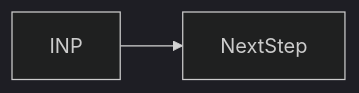
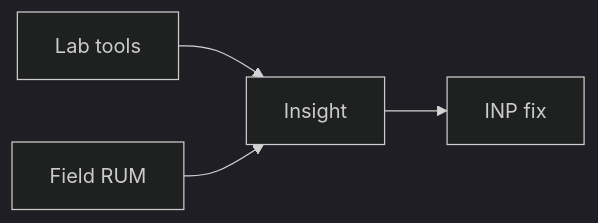
Before and after one commit to OmidJavaherii/Frontend-Engineering-Handbook: the second of 2 diagrams in docs/en/13-performance/inp/index.md, drawn with Mermaid (dark theme). The commit also changed other lines of this file and 461 other files, not shown here.

````diff
--- a/docs/en/13-performance/inp/index.md
+++ b/docs/en/13-performance/inp/index.md
@@ -95,4 +113,6 @@
 ```mermaid
 flowchart LR
-  concept[INP] --> nextStep[NextStep]
+  Lab[Lab tools] --> Insight
+  RUM[Field RUM] --> Insight
+  Insight --> Fix[INP fix]
 ```
````
